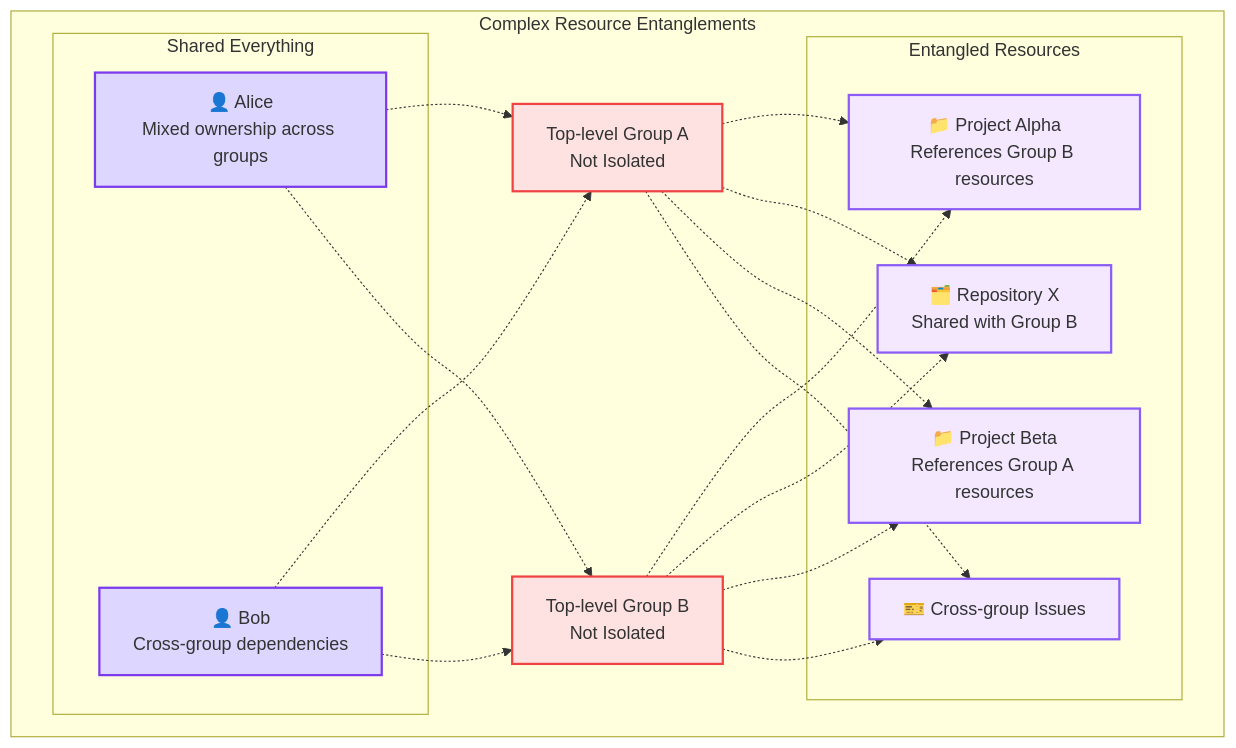
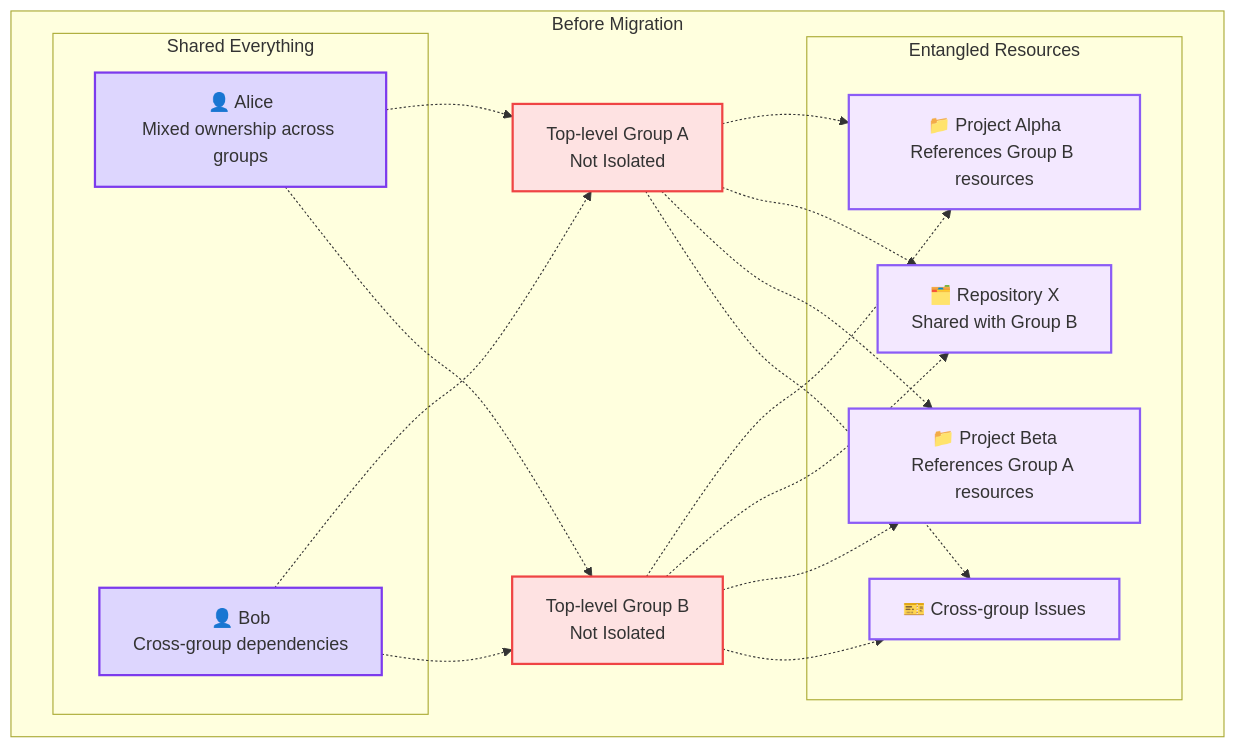
One commit to zalyoung/gitlab-handbook changed the eighth of 9 diagrams in content/handbook/engineering/architecture/design-documents/organization/isolation_compliance_framework.md. Above: the diagram before and after it, drawn with Mermaid. The commit also changed other lines of this file, not shown here.

Commit message:
Change diagram titles to format better

````diff
--- a/content/handbook/engineering/architecture/design-documents/organization/isolation_compliance_framework.md
+++ b/content/handbook/engineering/architecture/design-documents/organization/isolation_compliance_framework.md
@@ -606,42 +606,42 @@
 ```mermaid
 graph TD
-    subgraph "Complex Resource Entanglements"
+    subgraph "Before Migration"
         TLG1["Top-level Group A<br/>Not Isolated"]
         TLG2["Top-level Group B<br/>Not Isolated"]
 
         subgraph "Shared Everything"
             USER1[👤 Alice<br/>Mixed ownership across groups]
             USER2[👤 Bob<br/>Cross-group dependencies]
         end
 
         subgraph "Entangled Resources"
             PROJ1[📁 Project Alpha<br/>References Group B resources]
             REPO1[🗂️ Repository X<br/>Shared with Group B]
             ISSUE1[🎫 Cross-group Issues]
             PROJ2[📁 Project Beta<br/>References Group A resources]
         end
     end
 
     %% Complex cross-dependencies (dotted lines show problems)
     USER1 -.-> TLG1
     USER1 -.-> TLG2
     USER2 -.-> TLG1
     USER2 -.-> TLG2
 
     TLG1 -.-> PROJ1
     TLG1 -.-> REPO1
     TLG2 -.-> PROJ1
     TLG2 -.-> REPO1
     TLG2 -.-> PROJ2
     TLG1 -.-> PROJ2
     TLG1 -.-> ISSUE1
     TLG2 -.-> ISSUE1
 
     classDef tlg_not_isolated fill:#fee2e2,stroke:#ef4444,stroke-width:2px
     classDef user fill:#ddd6fe,stroke:#7c3aed,stroke-width:2px
     classDef resource fill:#f3e8ff,stroke:#8b5cf6,stroke-width:2px
 
     class TLG1,TLG2 tlg_not_isolated
     class USER1,USER2 user
     class PROJ1,PROJ2,REPO1,ISSUE1 resource
 ```
````
